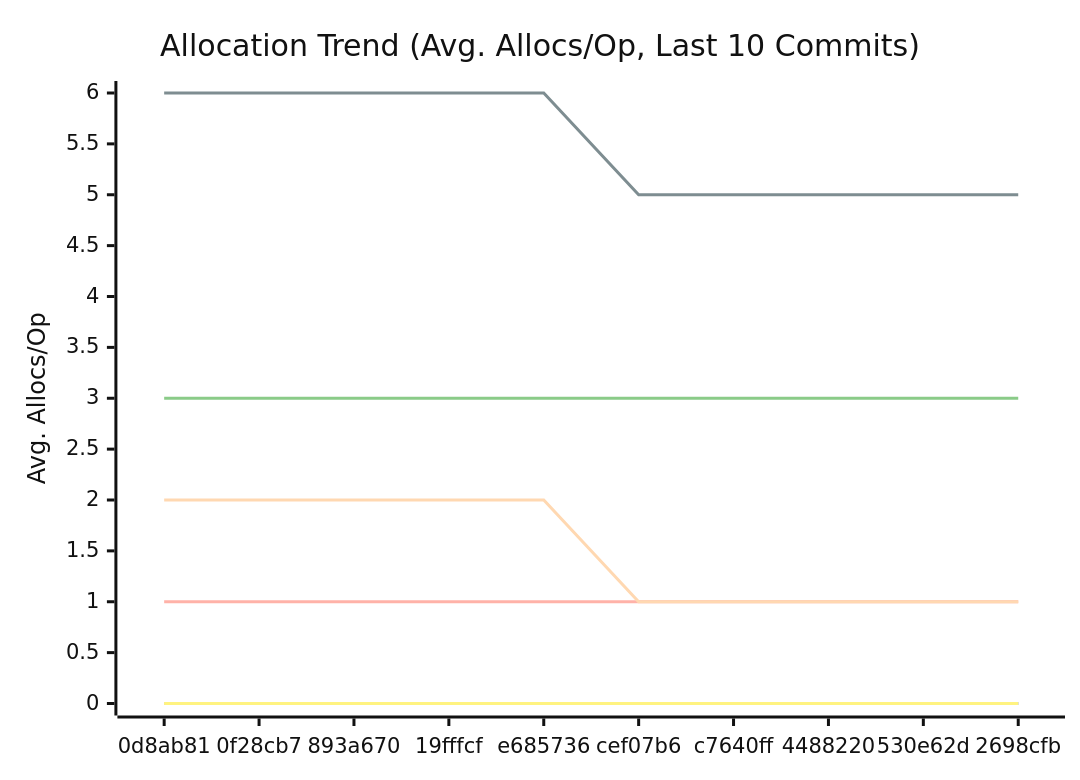
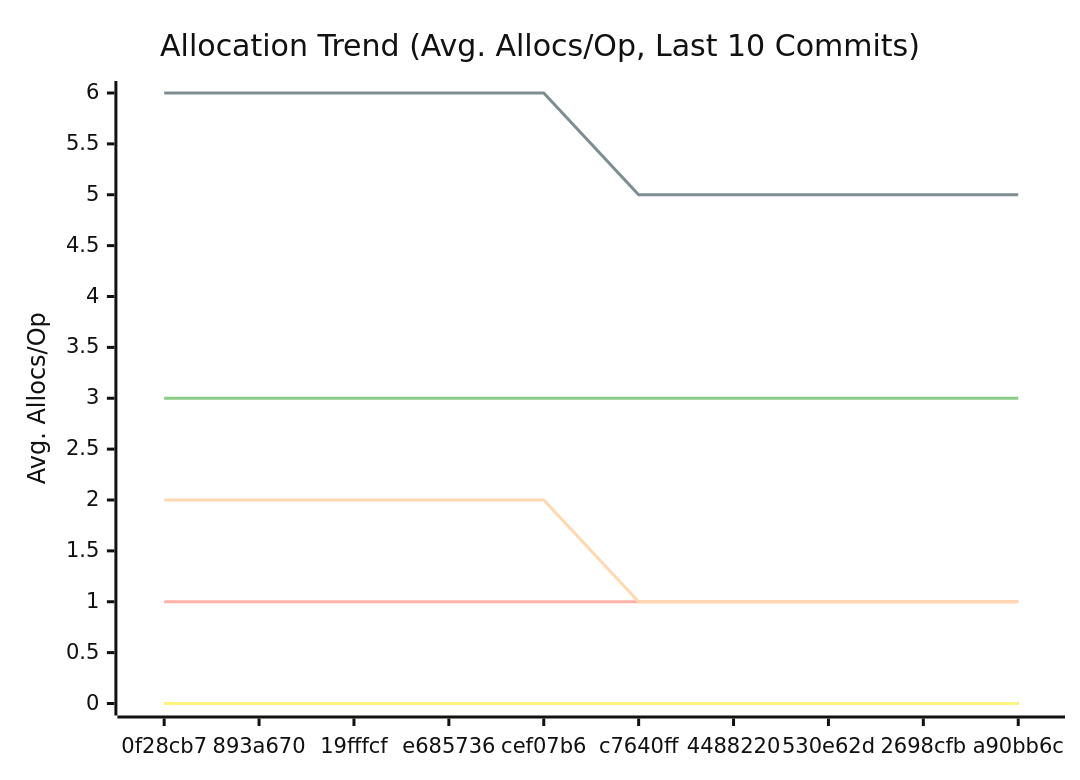
The third of 3 diagrams in docs/PERFORMANCE.md (alsotoes/momo), drawn with Mermaid (neutral theme) before and after one commit. The commit also changed other lines of this file and 2 other files, not shown here.

````diff
--- a/docs/PERFORMANCE.md
+++ b/docs/PERFORMANCE.md
@@ -114,16 +114,16 @@
 ```mermaid
 xychart-beta
     title "Allocation Trend (Avg. Allocs/Op, Last 10 Commits)"
     x-axis "Commit"
     y-axis "Avg. Allocs/Op"
-    x-axis [0d8ab81,0f28cb7,893a670,19fffcf,e685736,cef07b6,c7640ff,4488220,530e62d,2698cfb]
+    x-axis [0f28cb7,893a670,19fffcf,e685736,cef07b6,c7640ff,4488220,530e62d,2698cfb,a90bb6c]
     line "CheckMetricsAndSwap" [0,0,0,0,0,0,0,0,0,0]
     line "CrushOptimized" [0,0,0,0,0,0,0,0,0,0]
     line "CrushOriginal" [3,3,3,3,3,3,3,3,3,3]
     line "IndexDirectTracking" [0,0,0,0,0,0,0,0,0,0]
     line "IndexSearch" [0,0,0,0,0,0,0,0,0,0]
     line "LoadGlobalConfig" [1,1,1,1,1,1,1,1,1,1]
     line "PadString" [0,0,0,0,0,0,0,0,0,0]
     line "ParseReplicationOrder_NoPrealloc" [6,6,6,6,6,5,5,5,5,5]
     line "ParseReplicationOrder_Prealloc" [2,2,2,2,2,1,1,1,1,1]
 ```
````
